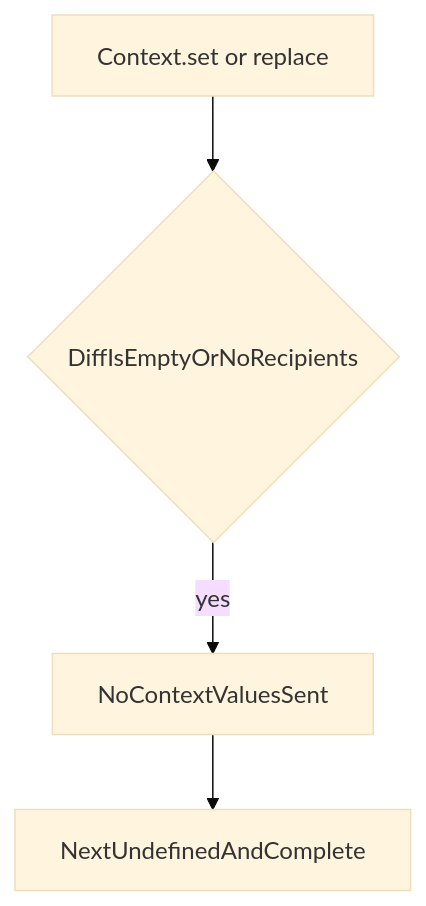
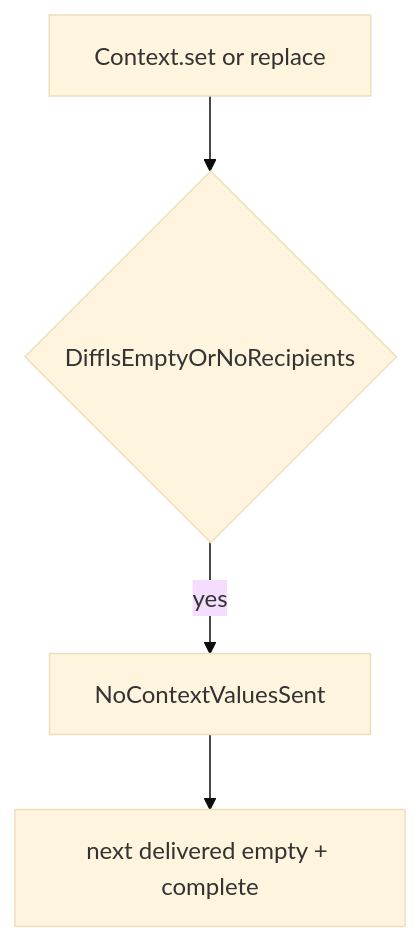
One commit to matreshka-dev/matreshka changed the second of 2 diagrams in docs/architecture/context-update-delivery.md. Above: the diagram before and after it, drawn with Mermaid (base theme). The commit also changed other lines of this file and 10 other files, not shown here.

````diff
--- a/docs/architecture/context-update-delivery.md
+++ b/docs/architecture/context-update-delivery.md
@@ -69,11 +76,11 @@
 ```mermaid
 flowchart TD
   apiCall[Context.set or replace]
   diffCheck{DiffIsEmptyOrNoRecipients}
   noSend[NoContextValuesSent]
-  finish[NextUndefinedAndComplete]
+  finish["next delivered empty + complete"]
 
   apiCall --> diffCheck
   diffCheck -->|yes| noSend
   noSend --> finish
 ```
````
